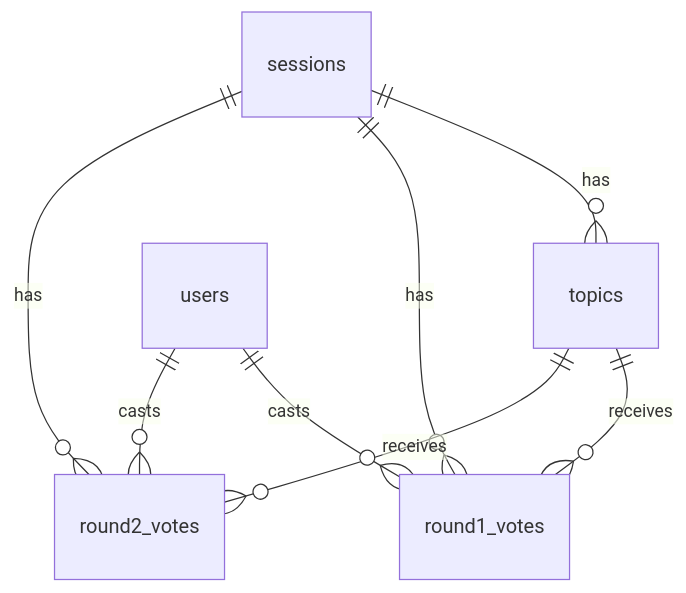
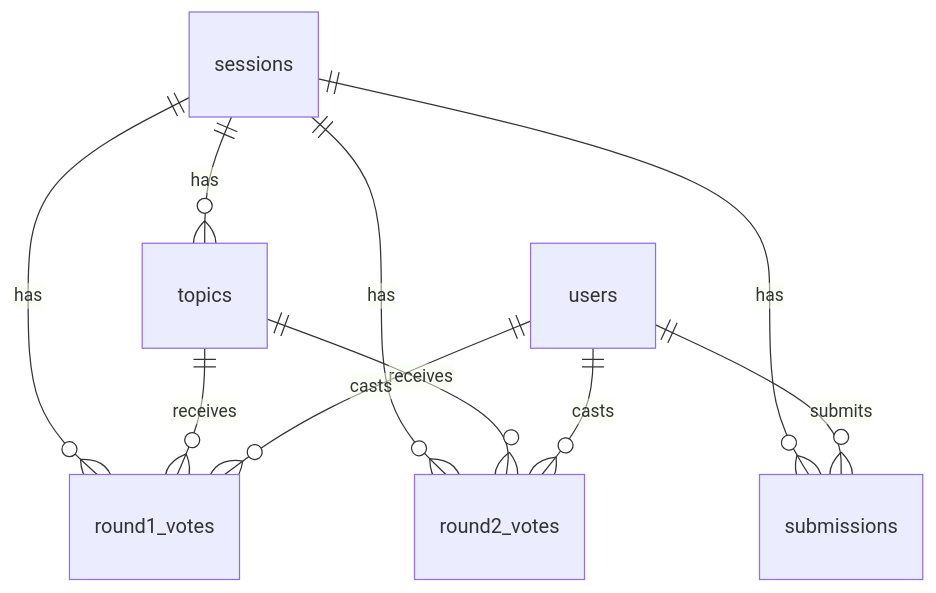
Before and after one commit to cgarren/music-league-voting: the second of 2 diagrams in README.md, drawn with Mermaid. The commit also changed other lines of this file and 1 other file, not shown here.

Commit message:
feat: add submissions phase to voting workflow and update documentation to reflect new user recommendation flow.

````diff
--- a/README.md
+++ b/README.md
@@ -47,10 +35,12 @@
 ```mermaid
 erDiagram
   sessions ||--o{ topics : has
+  sessions ||--o{ submissions : has
   sessions ||--o{ round1_votes : has
   sessions ||--o{ round2_votes : has
   topics   ||--o{ round1_votes : receives
   topics   ||--o{ round2_votes : receives
+  users    ||--o{ submissions : submits
   users    ||--o{ round1_votes : casts
   users    ||--o{ round2_votes : casts
 ```
````
